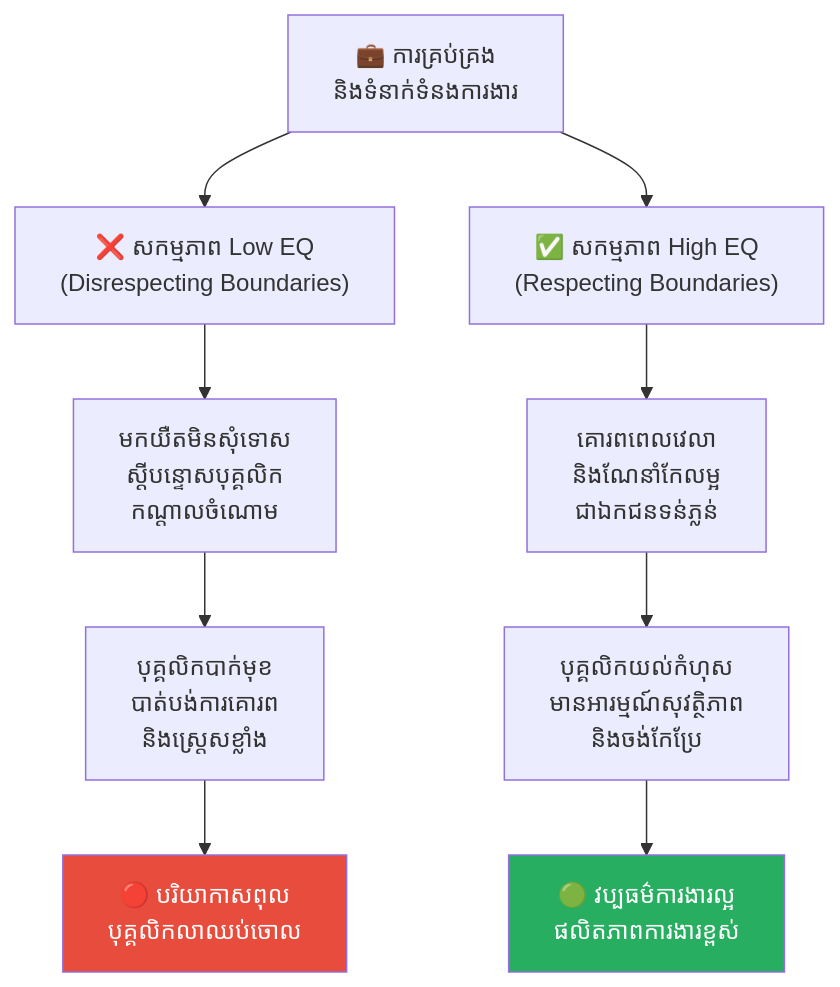
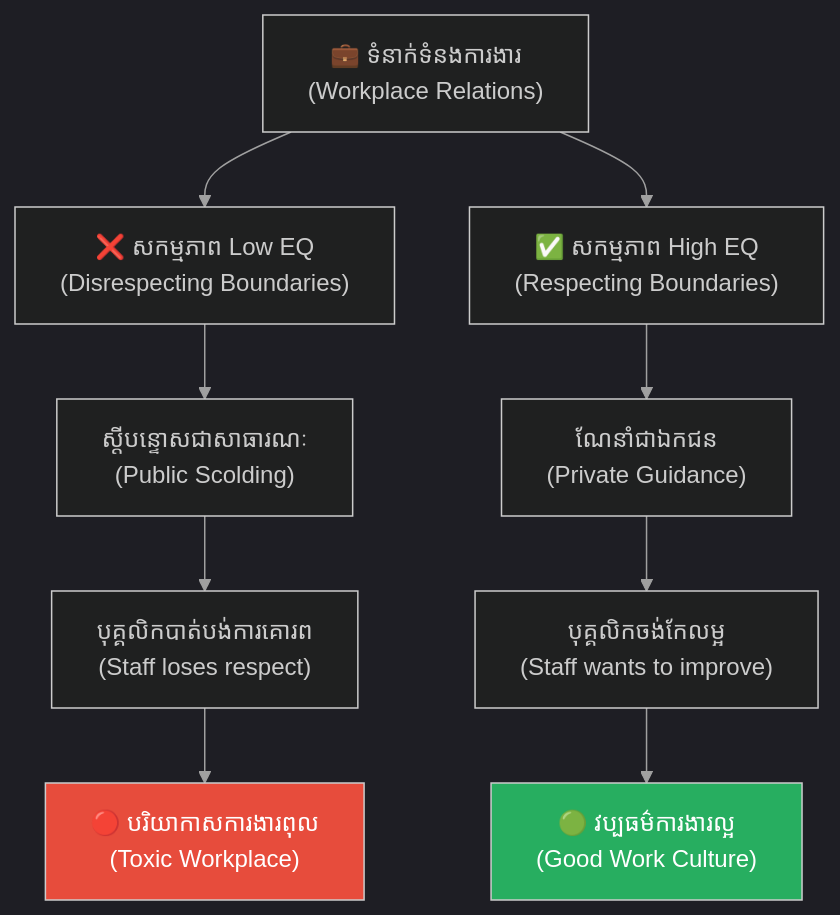
The fourth of 6 diagrams in feeds/concepts/articles/03-science-of-communication-eq-flaws.md (GuideStack/iblogger-feeds), drawn with Mermaid before and after one commit. The commit also changed other lines of this file, not shown here.

````diff
--- a/feeds/concepts/articles/03-science-of-communication-eq-flaws.md
+++ b/feeds/concepts/articles/03-science-of-communication-eq-flaws.md
@@ -149,16 +244,25 @@
 ```mermaid
+%%{init: {
+  'theme': 'dark',
+  'themeVariables': {
+    'background': '#1e1e1e',
+    'primaryTextColor': '#ffffff',
+    'lineColor': '#a0a0a0'
+  },
+  'themeCSS': 'svg { background-color: #1e1e1e !important; padding: 1rem !important; border-radius: 8px !important; } .edgeLabel rect { fill: #1e1e1e !important; } text, tspan { fill: #ffffff !important; }'
+}}%%
 graph TD
-    A["💼 ការគ្រប់គ្រង<br/>និងទំនាក់ទំនងការងារ"] --> B1["❌ សកម្មភាព Low EQ<br/>(Disrespecting Boundaries)"]
+    A["💼 ទំនាក់ទំនងការងារ<br/>(Workplace Relations)"] --> B1["❌ សកម្មភាព Low EQ<br/>(Disrespecting Boundaries)"]
     A --> B2["✅ សកម្មភាព High EQ<br/>(Respecting Boundaries)"]
     
-    B1 --> C1["មកយឺតមិនសុំទោស<br/>ស្តីបន្ទោសបុគ្គលិក<br/>កណ្តាលចំណោម"]
-    C1 --> D1["បុគ្គលិកបាក់មុខ<br/>បាត់បង់ការគោរព<br/>និងស្ត្រេសខ្លាំង"]
-    D1 --> E1["🔴 បរិយាកាសពុល<br/>បុគ្គលិកលាឈប់ចោល"]
+    B1 --> C1["ស្តីបន្ទោសជាសាធារណៈ<br/>(Public Scolding)"]
+    C1 --> D1["បុគ្គលិកបាត់បង់ការគោរព<br/>(Staff loses respect)"]
+    D1 --> E1["🔴 បរិយាកាសការងារពុល<br/>(Toxic Workplace)"]
     
-    B2 --> C2["គោរពពេលវេលា<br/>និងណែនាំកែលម្អ<br/>ជាឯកជនទន់ភ្លន់"]
-    C2 --> D2["បុគ្គលិកយល់កំហុស<br/>មានអារម្មណ៍សុវត្ថិភាព<br/>និងចង់កែប្រែ"]
-    D2 --> E2["🟢 វប្បធម៌ការងារល្អ<br/>ផលិតភាពការងារខ្ពស់"]
+    B2 --> C2["ណែនាំជាឯកជន<br/>(Private Guidance)"]
+    C2 --> D2["បុគ្គលិកចង់កែលម្អ<br/>(Staff wants to improve)"]
+    D2 --> E2["🟢 វប្បធម៌ការងារល្អ<br/>(Good Work Culture)"]
 
     style E1 fill:#e74c3c,color:#fff
     style E2 fill:#27ae60,color:#fff
 ```
````
